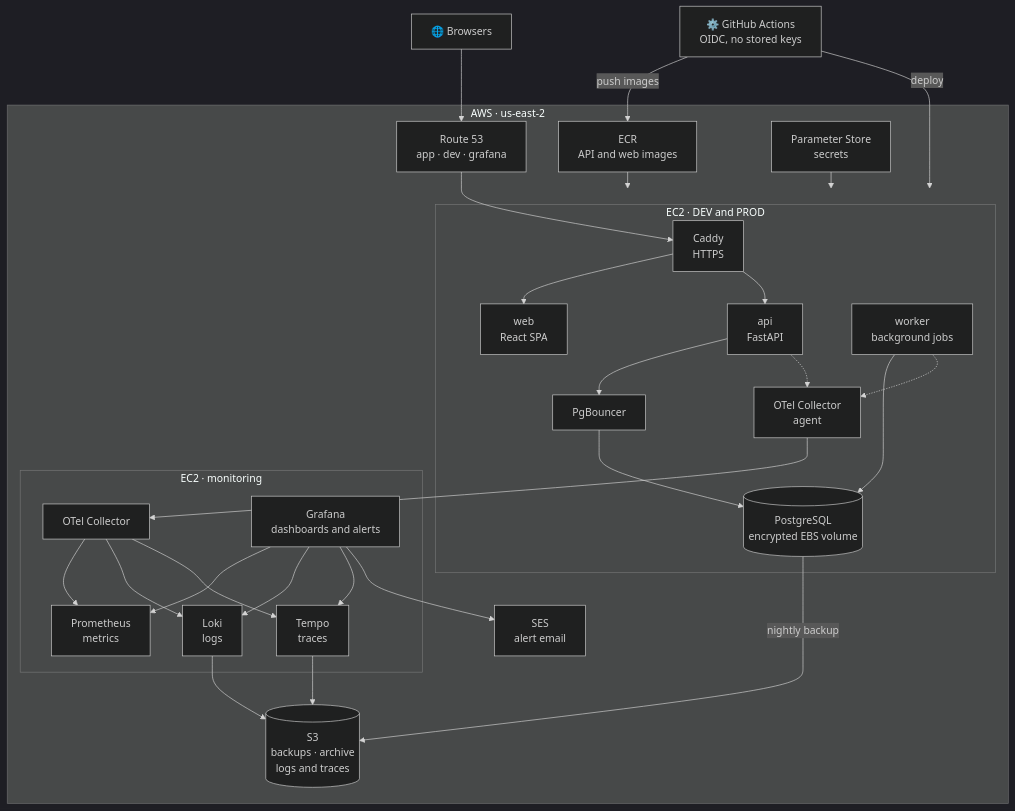
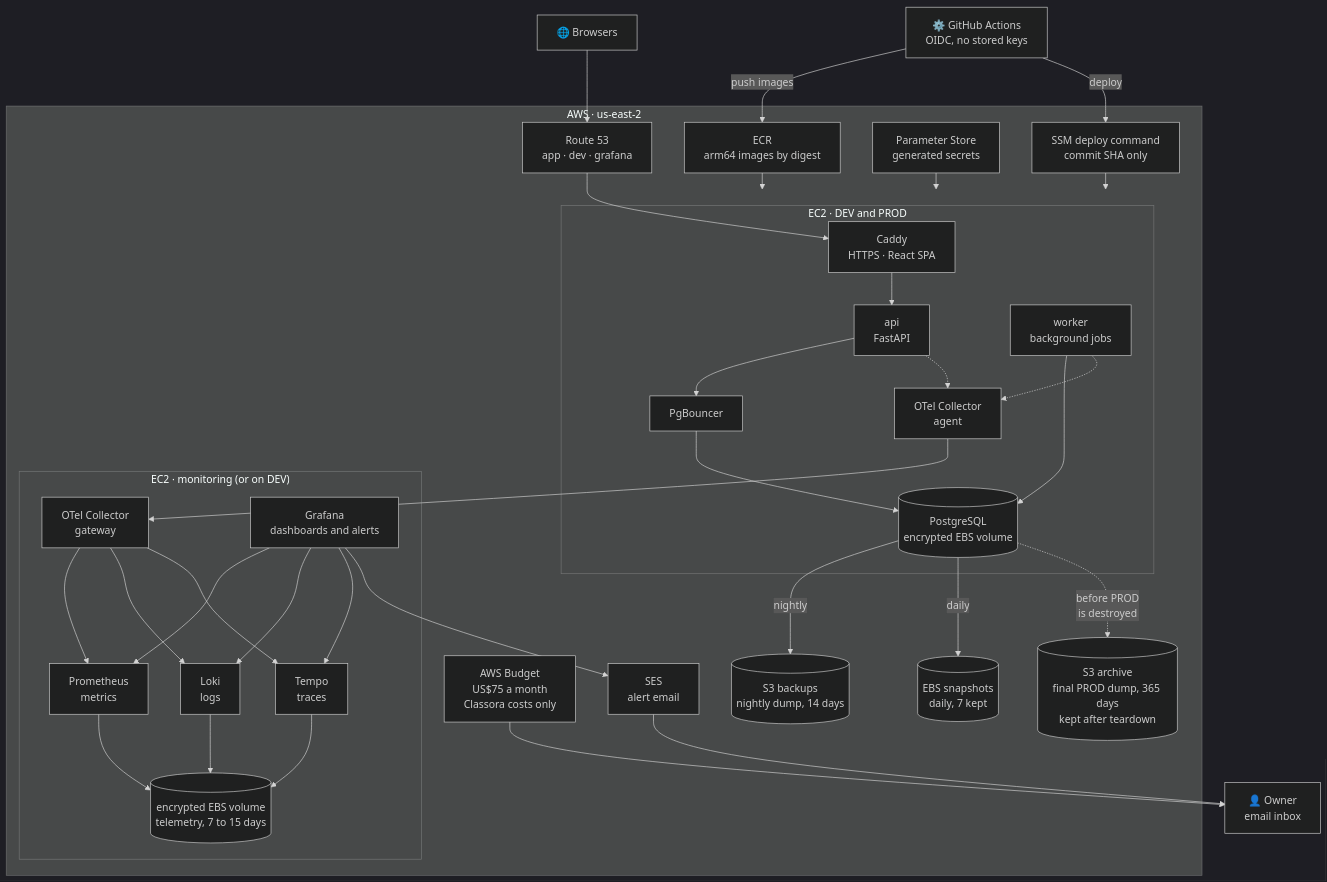
Before and after one commit to JaimeSolisS/classora: the fourth of 4 diagrams in README.md, drawn with Mermaid (dark theme). The commit also changed other lines of this file and 18 other files, not shown here.

First line of the commit message:
M9-01: Infrastructure ADRs 0010-0014 and the spec/architecture re-baseline

````diff
--- a/README.md
+++ b/README.md
@@ -1360,55 +1361,64 @@
 ```mermaid
 flowchart TB
   users["🌐 Browsers"]
   gha["⚙️ GitHub Actions<br/>OIDC, no stored keys"]
+  owner["👤 Owner<br/>email inbox"]
 
   subgraph aws["AWS · us-east-2"]
     dns["Route 53<br/>app · dev · grafana"]
-    ecr["ECR<br/>API and web images"]
-    ssm["Parameter Store<br/>secrets"]
+    ecr["ECR<br/>arm64 images by digest"]
+    ssm["Parameter Store<br/>generated secrets"]
+    deploy["SSM deploy command<br/>commit SHA only"]
 
-    subgraph prod["EC2 · DEV and PROD"]
-      caddy["Caddy<br/>HTTPS"]
-      web["web<br/>React SPA"]
+    subgraph app["EC2 · DEV and PROD"]
+      caddy["Caddy<br/>HTTPS · React SPA"]
       api["api<br/>FastAPI"]
       worker["worker<br/>background jobs"]
       pgb["PgBouncer"]
       pg[("PostgreSQL<br/>encrypted EBS volume")]
       agent["OTel Collector<br/>agent"]
     end
 
-    subgraph mon["EC2 · monitoring"]
-      col["OTel Collector"]
+    subgraph mon["EC2 · monitoring (or on DEV)"]
+      col["OTel Collector<br/>gateway"]
       prom["Prometheus<br/>metrics"]
       loki["Loki<br/>logs"]
       tempo["Tempo<br/>traces"]
+      disk[("encrypted EBS volume<br/>telemetry, 7 to 15 days")]
       grafana["Grafana<br/>dashboards and alerts"]
     end
 
-    s3[("S3<br/>backups · archive<br/>logs and traces")]
+    backups[("S3 backups<br/>nightly dump, 14 days")]
+    snaps[("EBS snapshots<br/>daily, 7 kept")]
+    archive[("S3 archive<br/>final PROD dump, 365 days<br/>kept after teardown")]
     ses["SES<br/>alert email"]
+    budget["AWS Budget<br/>US$75 a month<br/>Classora costs only"]
   end
 
   users --> dns --> caddy
-  caddy --> web
   caddy --> api
   api --> pgb --> pg
   worker --> pg
   gha -->|push images| ecr
-  gha -->|deploy| prod
-  ecr --> prod
-  ssm --> prod
-  pg -->|nightly backup| s3
+  gha -->|deploy| deploy --> app
+  ecr --> app
+  ssm --> app
+  pg -->|nightly| backups
+  pg -->|daily| snaps
+  pg -.->|"before PROD<br/>is destroyed"| archive
   api -.-> agent
   worker -.-> agent
   agent --> col
   col --> prom
   col --> loki
   col --> tempo
-  loki --> s3
-  tempo --> s3
+  prom --> disk
+  loki --> disk
+  tempo --> disk
   grafana --> prom
   grafana --> loki
   grafana --> tempo
   grafana --> ses
+  ses --> owner
+  budget --> owner
 ```
````
